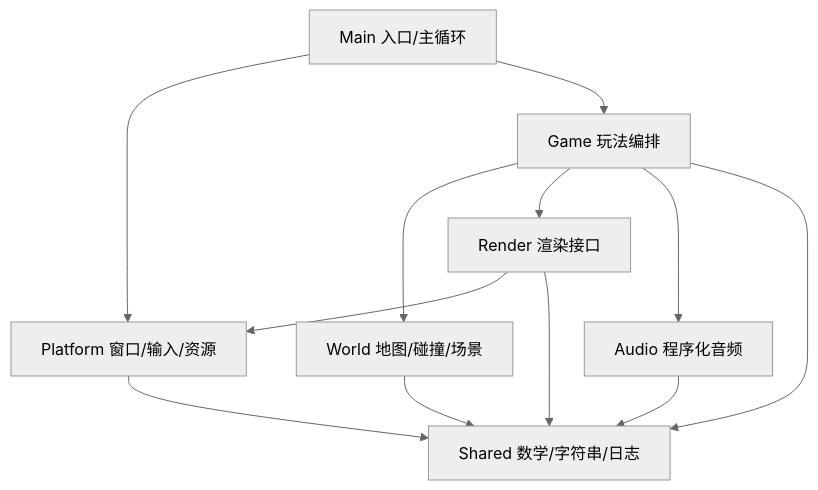
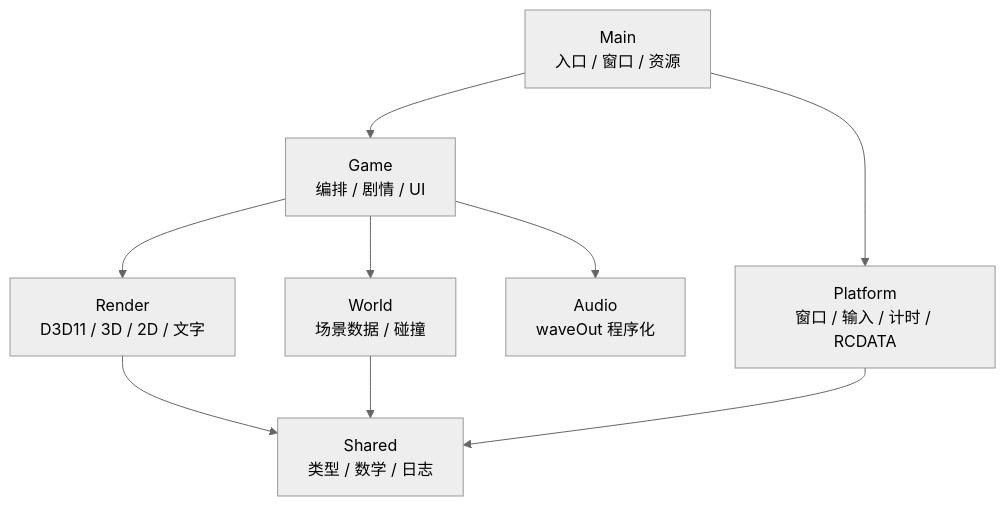
Before and after one commit to Baidy123/DSR_function_demo: the first of 2 diagrams in Documents/Design_Technical.md, drawn with Mermaid (neutral theme). The commit also changed other lines of this file and 12 other files, not shown here.

````diff
--- a/Documents/Design_Technical.md
+++ b/Documents/Design_Technical.md
@@ -9,14 +7,11 @@
 ```mermaid
-graph TD
-    MAIN[Main 入口/主循环] --> PLAT[Platform 窗口/输入/资源]
-    MAIN --> GAME[Game 玩法编排]
-    GAME --> WORLD[World 地图/碰撞/场景]
-    GAME --> RENDER[Render 渲染接口]
-    GAME --> AUDIO[Audio 程序化音频]
-    GAME --> SHARED[Shared 数学/字符串/日志]
-    WORLD --> SHARED
-    RENDER --> PLAT
-    RENDER --> SHARED
-    AUDIO --> SHARED
-    PLAT --> SHARED
+flowchart TB
+    Main[Main<br/>入口 / 窗口 / 资源] --> Game[Game<br/>编排 / 剧情 / UI]
+    Game --> World[World<br/>场景数据 / 碰撞]
+    Game --> Render[Render<br/>D3D11 / 3D / 2D / 文字]
+    Game --> Audio[Audio<br/>waveOut 程序化]
+    Render --> Shared[Shared<br/>类型 / 数学 / 日志]
+    World --> Shared
+    Main --> Platform[Platform<br/>窗口 / 输入 / 计时 / RCDATA]
+    Platform --> Shared
 ```
````
